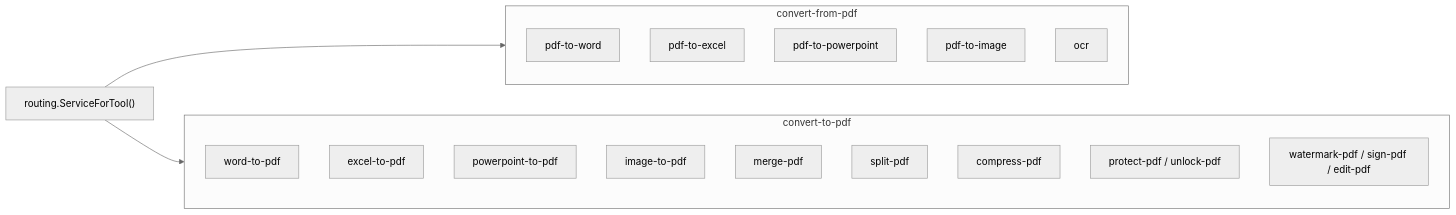
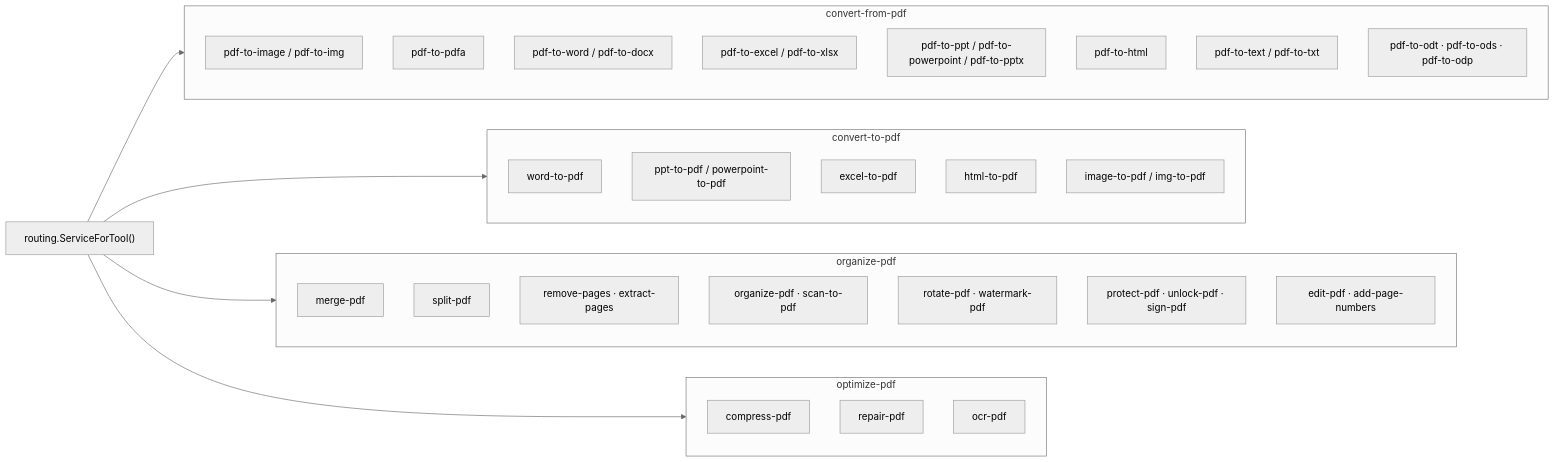
The third of 5 diagrams in docs/developer/mermaid/service-job-service-architecture.md (Prachidubey2003/fyredocs_backend), drawn with Mermaid (neutral theme) before and after one commit. The commit also changed other lines of this file and 39 other files, not shown here.

Commit message:
Refactor PDF services to use NATS JetStream for job dispatch and event publishing; enhance documentation for OPTIMIZE_PDF and ORGANIZE_PDF services; remove deprecated UPLOAD_SERVICE documentation; update OpenAPI spec for improved clarity and accuracy.

````diff
--- a/docs/developer/mermaid/service-job-service-architecture.md
+++ b/docs/developer/mermaid/service-job-service-architecture.md
@@ -111,25 +147,39 @@
 ```mermaid
 graph LR
     subgraph convert-from-pdf
-        A1["pdf-to-word"]
-        A2["pdf-to-excel"]
-        A3["pdf-to-powerpoint"]
-        A4["pdf-to-image"]
-        A5["ocr"]
+        A1["pdf-to-image / pdf-to-img"]
+        A2["pdf-to-pdfa"]
+        A3["pdf-to-word / pdf-to-docx"]
+        A4["pdf-to-excel / pdf-to-xlsx"]
+        A5["pdf-to-ppt / pdf-to-powerpoint / pdf-to-pptx"]
+        A6["pdf-to-html"]
+        A7["pdf-to-text / pdf-to-txt"]
+        A8["pdf-to-odt · pdf-to-ods · pdf-to-odp"]
     end
 
     subgraph convert-to-pdf
         B1["word-to-pdf"]
-        B2["excel-to-pdf"]
-        B3["powerpoint-to-pdf"]
-        B4["image-to-pdf"]
-        B5["merge-pdf"]
-        B6["split-pdf"]
-        B7["compress-pdf"]
-        B8["protect-pdf / unlock-pdf"]
-        B9["watermark-pdf / sign-pdf / edit-pdf"]
+        B2["ppt-to-pdf / powerpoint-to-pdf"]
+        B3["excel-to-pdf"]
+        B4["html-to-pdf"]
+        B5["image-to-pdf / img-to-pdf"]
     end
 
-    ROUTER["routing.ServiceForTool()"] --> convert-from-pdf
-    ROUTER --> convert-to-pdf
+    subgraph organize-pdf
+        C1["merge-pdf"]
+        C2["split-pdf"]
+        C3["remove-pages · extract-pages"]
+        C4["organize-pdf · scan-to-pdf"]
+        C5["rotate-pdf · watermark-pdf"]
+        C6["protect-pdf · unlock-pdf · sign-pdf"]
+        C7["edit-pdf · add-page-numbers"]
+    end
+
+    subgraph optimize-pdf
+        D1["compress-pdf"]
+        D2["repair-pdf"]
+        D3["ocr-pdf"]
+    end
+
+    ROUTER["routing.ServiceForTool()"] --> convert-from-pdf & convert-to-pdf & organize-pdf & optimize-pdf
 ```
````
